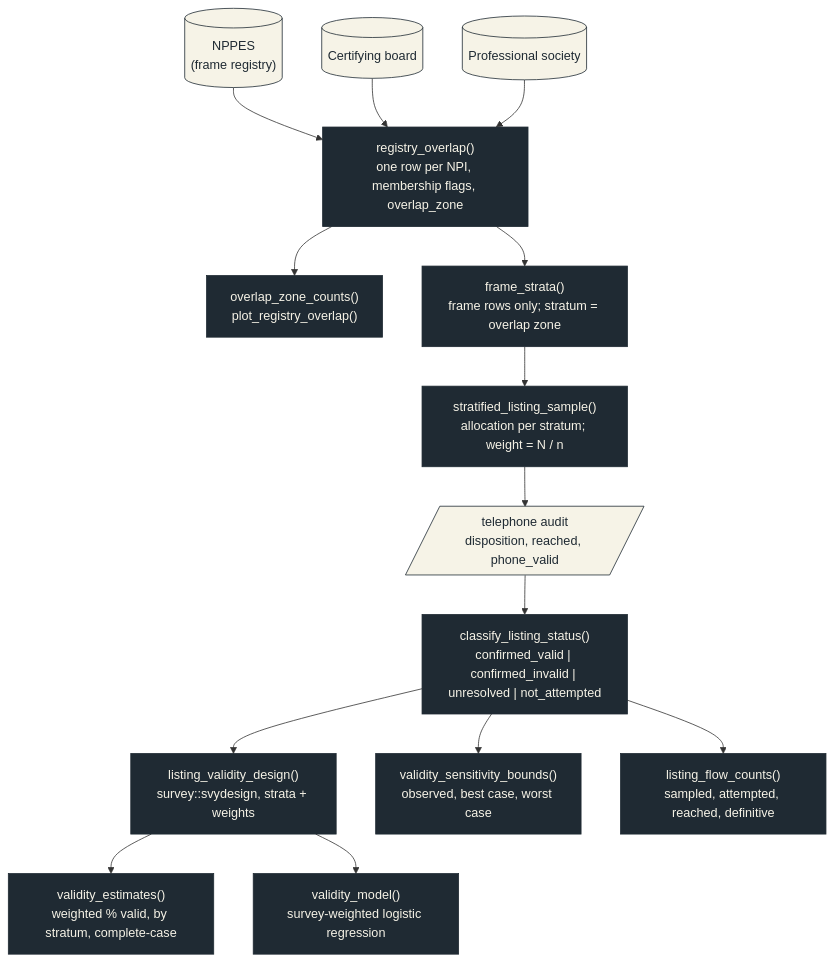
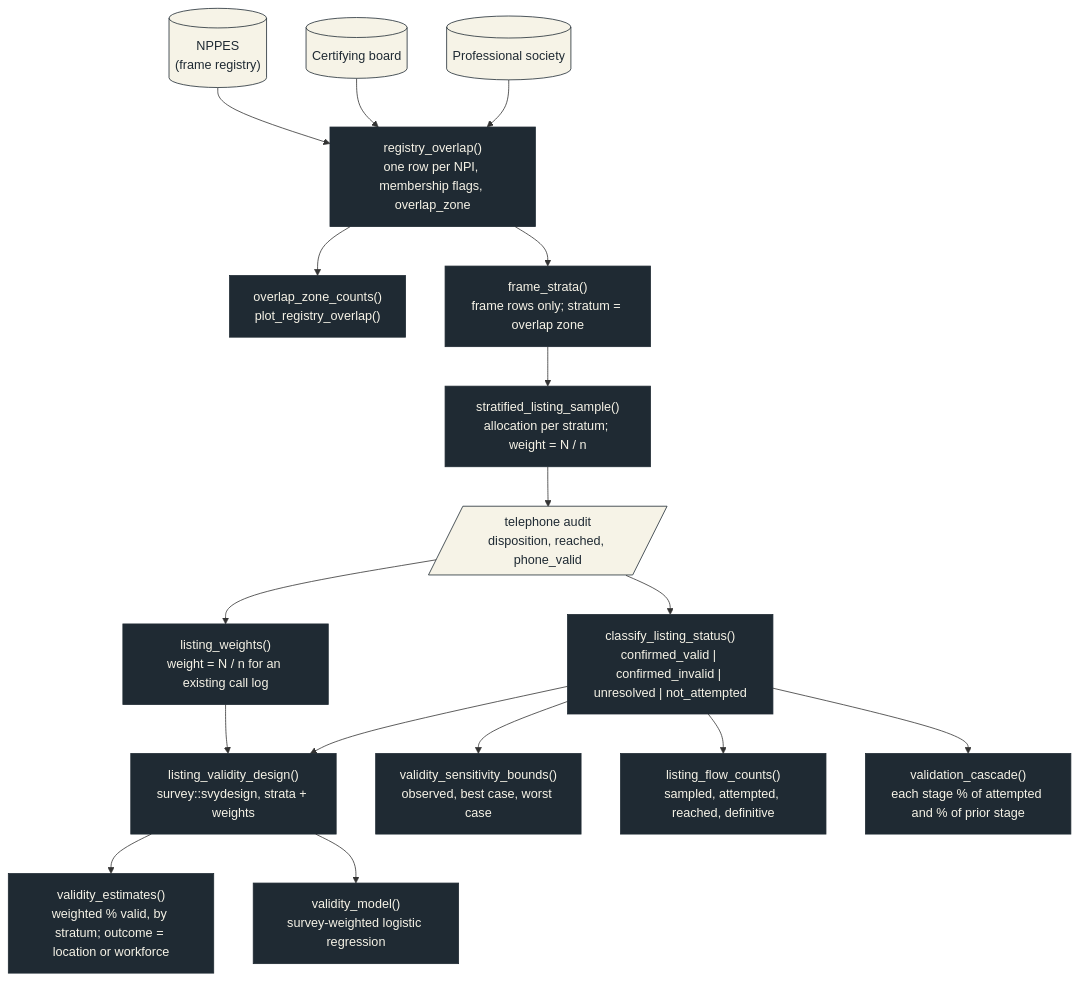
One commit to mufflyt/mysteryroster changed the diagram in README.md. Above: the diagram before and after it, drawn with Mermaid. The commit also changed other lines of this file and 9 other files, not shown here.

First line of the commit message:
feat: listing_weights(), validation_cascade(), outcome column in validity_estimates(); v0.2.0

````diff
--- a/README.md
+++ b/README.md
@@ -36,20 +36,23 @@
 ```mermaid
 flowchart TD
     R1[("NPPES<br/>(frame registry)")] --> OV
     R2[("Certifying board")] --> OV
     R3[("Professional society")] --> OV
     OV["registry_overlap()<br/>one row per NPI, membership flags, overlap_zone"] --> ZC["overlap_zone_counts()<br/>plot_registry_overlap()"]
     OV --> FS["frame_strata()<br/>frame rows only; stratum = overlap zone"]
     FS --> SM["stratified_listing_sample()<br/>allocation per stratum; weight = N / n"]
+    CALLS --> LW["listing_weights()<br/>weight = N / n for an existing call log"]
+    LW --> DS
     SM --> CALLS[/"telephone audit<br/>disposition, reached, phone_valid"/]
     CALLS --> CL["classify_listing_status()<br/>confirmed_valid | confirmed_invalid | unresolved | not_attempted"]
     CL --> DS["listing_validity_design()<br/>survey::svydesign, strata + weights"]
-    DS --> VE["validity_estimates()<br/>weighted % valid, by stratum, complete-case"]
+    DS --> VE["validity_estimates()<br/>weighted % valid, by stratum; outcome = location or workforce"]
     DS --> VM["validity_model()<br/>survey-weighted logistic regression"]
     CL --> SB["validity_sensitivity_bounds()<br/>observed, best case, worst case"]
     CL --> FC["listing_flow_counts()<br/>sampled, attempted, reached, definitive"]
+    CL --> VC["validation_cascade()<br/>each stage % of attempted and % of prior stage"]
     classDef fn fill:#1F2A33,color:#F6F3E7,stroke:#1F2A33;
     classDef data fill:#F6F3E7,color:#1F2A33,stroke:#1F2A33;
-    class OV,ZC,FS,SM,CL,DS,VE,VM,SB,FC fn;
+    class OV,ZC,FS,SM,LW,CL,DS,VE,VM,SB,FC,VC fn;
     class R1,R2,R3,CALLS data;
 ```
````
